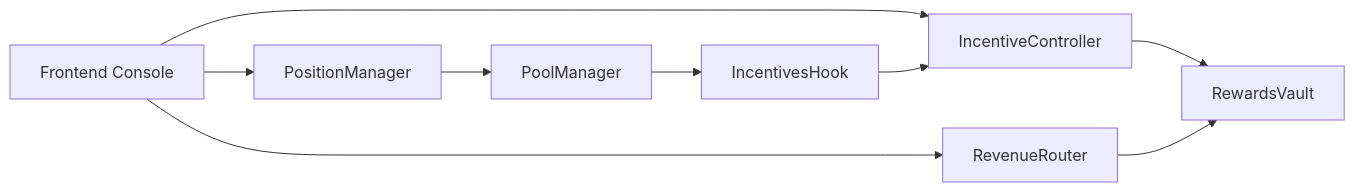
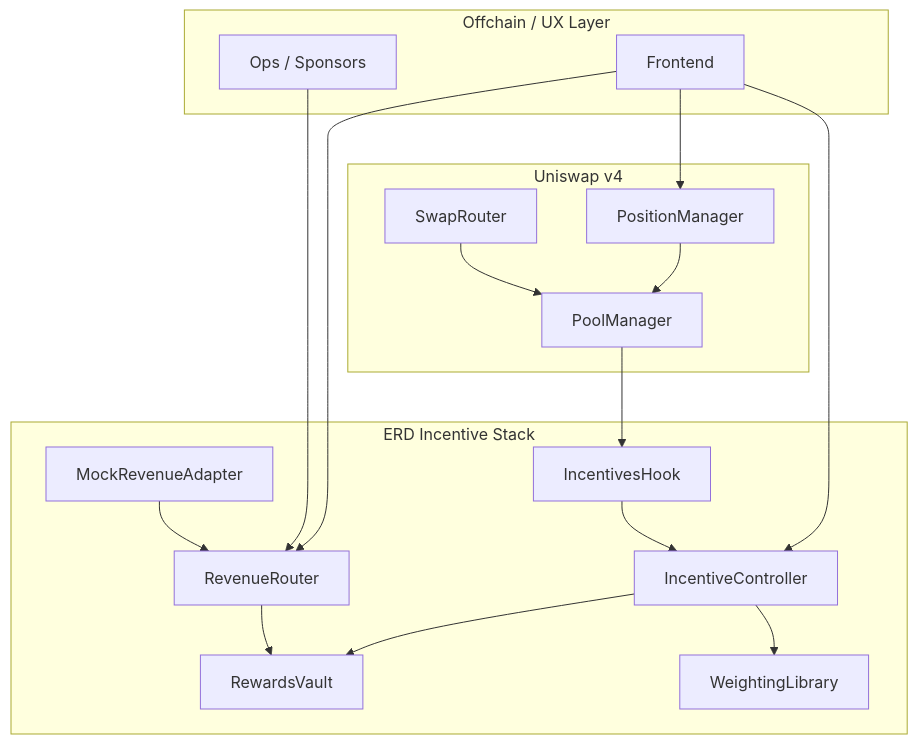
Before and after one commit to blue-benz/ERD-Hook: the second of 2 diagrams in README.md, drawn with Mermaid. The commit also changed other lines of this file, not shown here.

Commit message:
docs(readme): restructure narrative, integrations, diagrams, and demo sections

````diff
--- a/README.md
+++ b/README.md
@@ -58,11 +84,36 @@
 ```mermaid
-flowchart LR
-  FE[Frontend Console] --> Ctrl[IncentiveController]
-  FE --> Router[RevenueRouter]
-  FE --> Posm[PositionManager]
-  Posm --> PM[PoolManager]
-  PM --> Hook[IncentivesHook]
-  Hook --> Ctrl
-  Ctrl --> Vault[RewardsVault]
-  Router --> Vault
+flowchart TB
+  subgraph Offchain["Offchain / UX Layer"]
+    FE[Frontend]
+    OPS[Ops / Sponsors]
+  end
+
+  subgraph UniswapV4["Uniswap v4"]
+    PM[PoolManager]
+    POSM[PositionManager]
+    SWAP[SwapRouter]
+  end
+
+  subgraph ERD["ERD Incentive Stack"]
+    HOOK[IncentivesHook]
+    CTRL[IncentiveController]
+    ROUTER[RevenueRouter]
+    VAULT[RewardsVault]
+    WEIGHT[WeightingLibrary]
+    ADAPTER[MockRevenueAdapter]
+  end
+
+  FE --> CTRL
+  FE --> ROUTER
+  FE --> POSM
+  OPS --> ROUTER
+
+  POSM --> PM
+  SWAP --> PM
+  PM --> HOOK
+  HOOK --> CTRL
+  CTRL --> WEIGHT
+  CTRL --> VAULT
+  ROUTER --> VAULT
+  ADAPTER --> ROUTER
 ```
````
